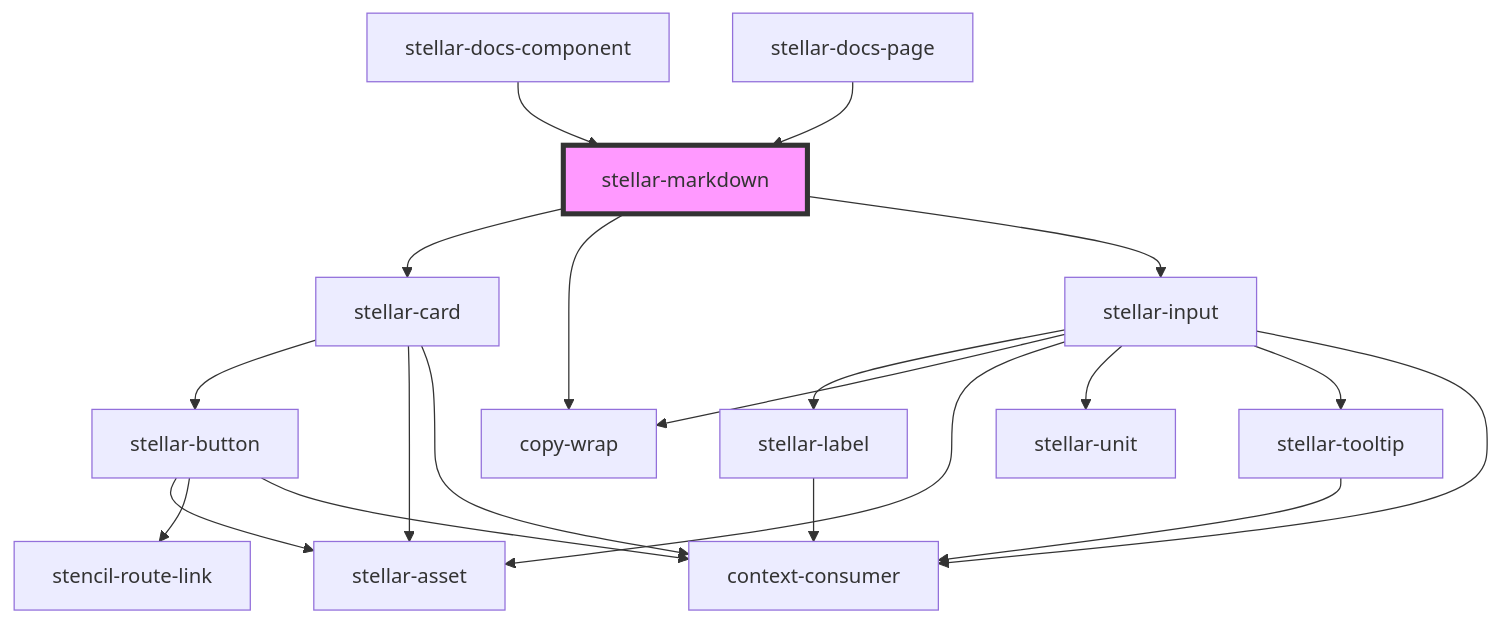
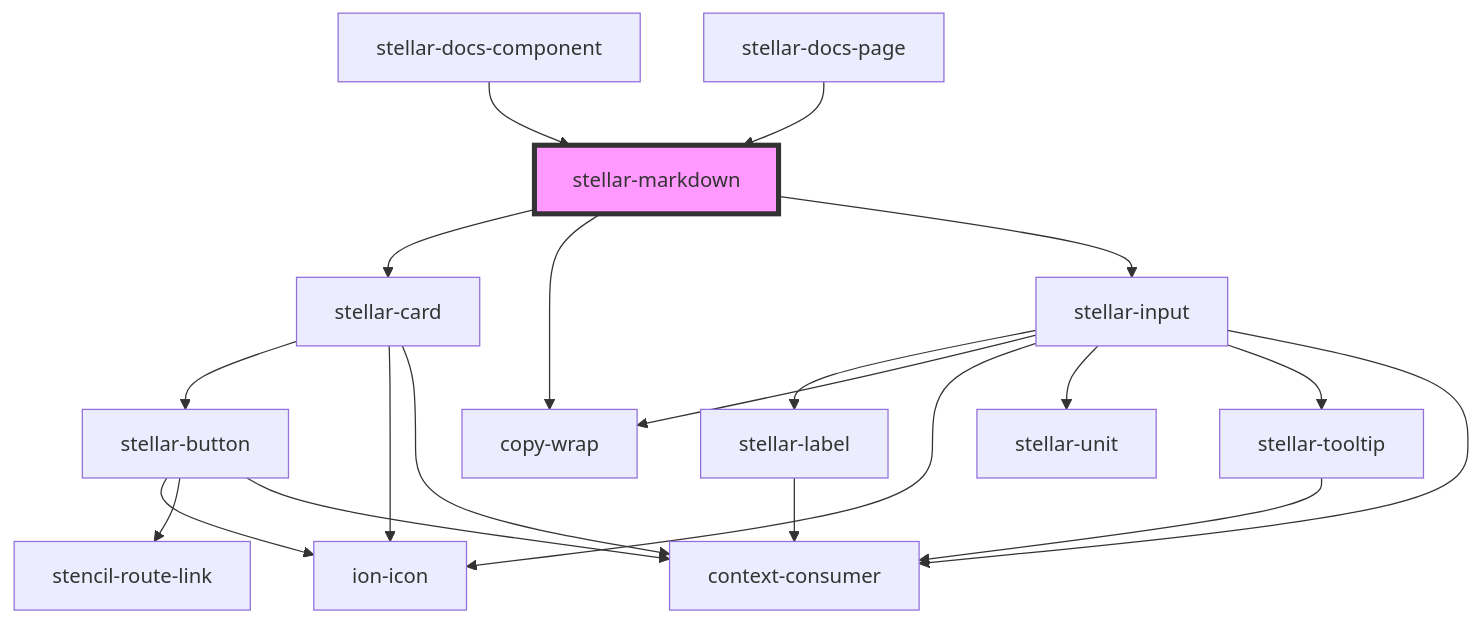
The diagram in src/components/helpers/markdown/readme.md (splitinfinities/Stellar), drawn with Mermaid before and after one commit. The commit also changed 108 other files, not shown here.

Commit message:
Remove stellar-asset.

````diff
--- a/src/components/helpers/markdown/readme.md
+++ b/src/components/helpers/markdown/readme.md
@@ -53,23 +53,23 @@
 ```mermaid
 graph TD;
   stellar-markdown --> stellar-card
   stellar-markdown --> copy-wrap
   stellar-markdown --> stellar-input
   stellar-card --> stellar-button
-  stellar-card --> stellar-asset
+  stellar-card --> ion-icon
   stellar-card --> context-consumer
-  stellar-button --> stellar-asset
+  stellar-button --> ion-icon
   stellar-button --> stencil-route-link
   stellar-button --> context-consumer
   stellar-input --> stellar-label
   stellar-input --> copy-wrap
-  stellar-input --> stellar-asset
+  stellar-input --> ion-icon
   stellar-input --> stellar-unit
   stellar-input --> stellar-tooltip
   stellar-input --> context-consumer
   stellar-label --> context-consumer
   stellar-tooltip --> context-consumer
   stellar-docs-component --> stellar-markdown
   stellar-docs-page --> stellar-markdown
   style stellar-markdown fill:#f9f,stroke:#333,stroke-width:4px
 ```
````
